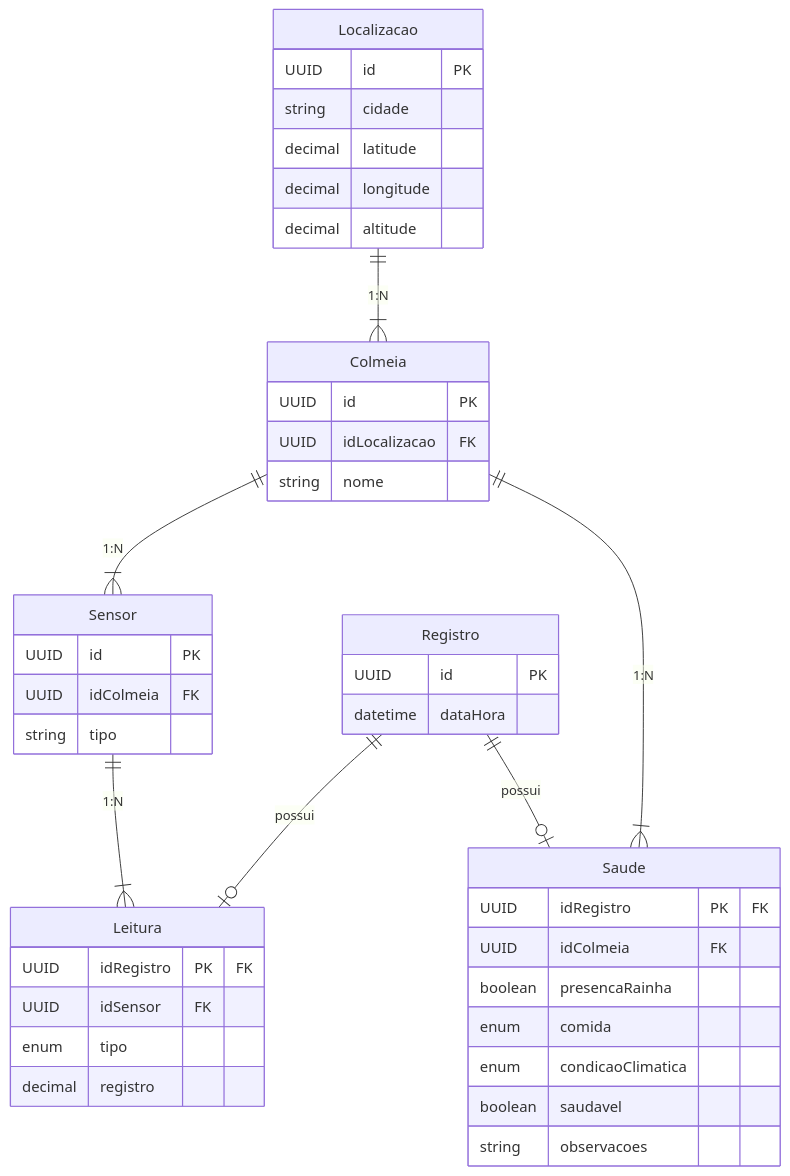
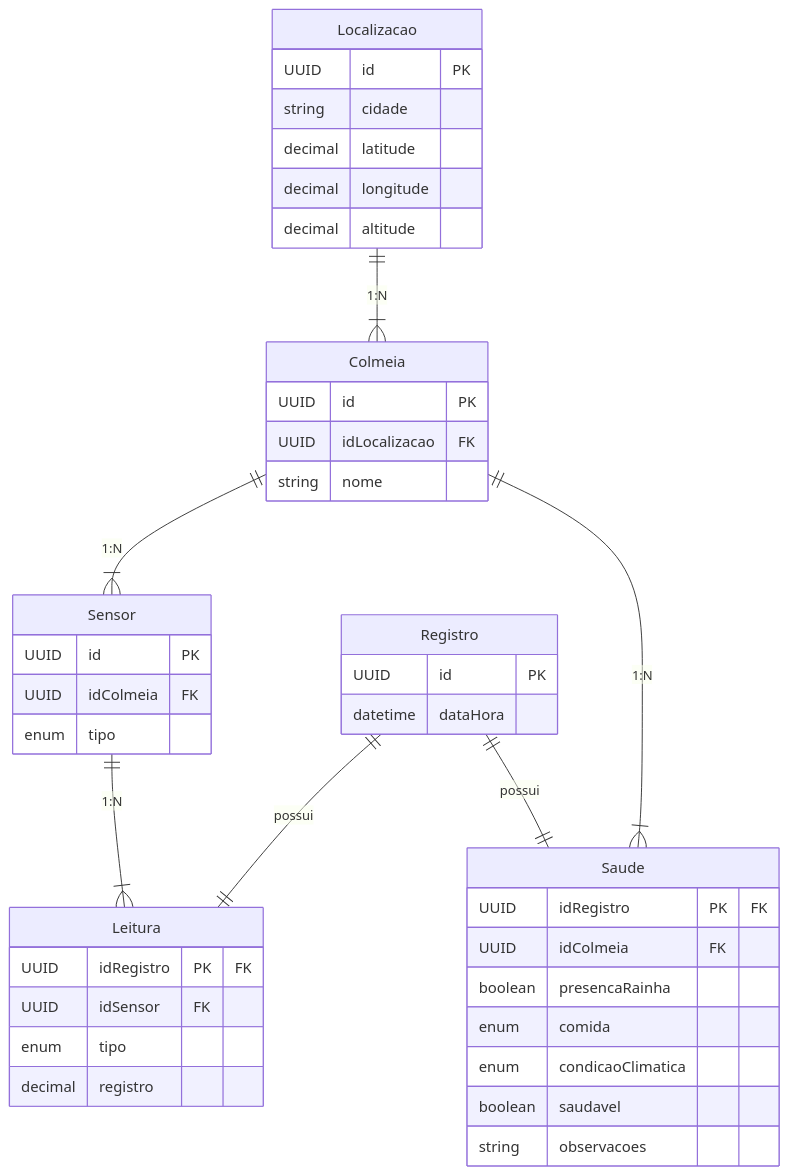
Before and after one commit to NataliaNogueira1/IniciacaoCientifica: the diagram in registro-colmeia/documentacao/DiagramaMER.md, drawn with Mermaid.

Commit message:
update relations on mer

````diff
--- a/registro-colmeia/documentacao/DiagramaMER.md
+++ b/registro-colmeia/documentacao/DiagramaMER.md
@@ -1,61 +1,61 @@
 ```mermaid
 erDiagram
 
     Localizacao {
         UUID id PK
         string cidade
         decimal latitude
         decimal longitude
         decimal altitude
     }
 
     Colmeia {
         UUID id PK
         UUID idLocalizacao FK
         string nome
     }
 
     Sensor {
         UUID id PK
         UUID idColmeia FK
-        string tipo
+        enum tipo
     }
 
     Registro {
         UUID id PK
         datetime dataHora
     }
 
     Leitura {
         UUID idRegistro PK "FK"
         UUID idSensor FK
         enum tipo
         decimal registro
     }
 
     Saude {
         UUID idRegistro PK "FK"
         UUID idColmeia FK
         boolean presencaRainha
         enum comida
         enum condicaoClimatica
         boolean saudavel
         string observacoes
     }
 
     Localizacao ||--|{ Colmeia : "1:N"
     Colmeia ||--|{ Sensor : "1:N"
     Sensor ||--|{ Leitura : "1:N"
     Colmeia ||--|{ Saude : "1:N"
-    Registro ||--o| Leitura : possui
-    Registro ||--o| Saude : possui
+    Registro ||--|| Leitura : possui
+    Registro ||--|| Saude : possui
 
 %% Opções de tipo de leitura
 %% decimal temperaturaInterna
 %% decimal temperaturaExterna
+%% decimal umidadeExterna
 %% decimal umidadeInterna
-%% decimal umidadeExterna
 %% decimal pressaoAtmosferica
 %% decimal velocidadeVento
 %% decimal peso
 ```
````
